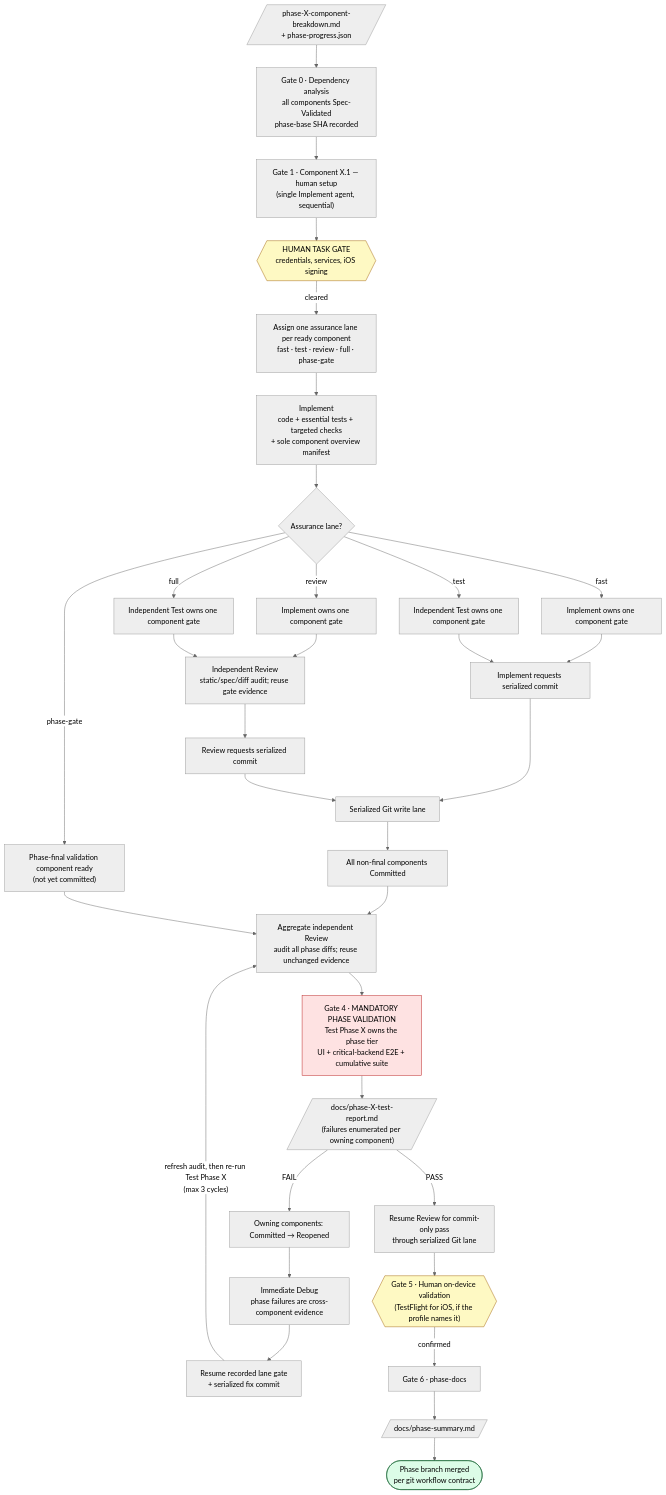
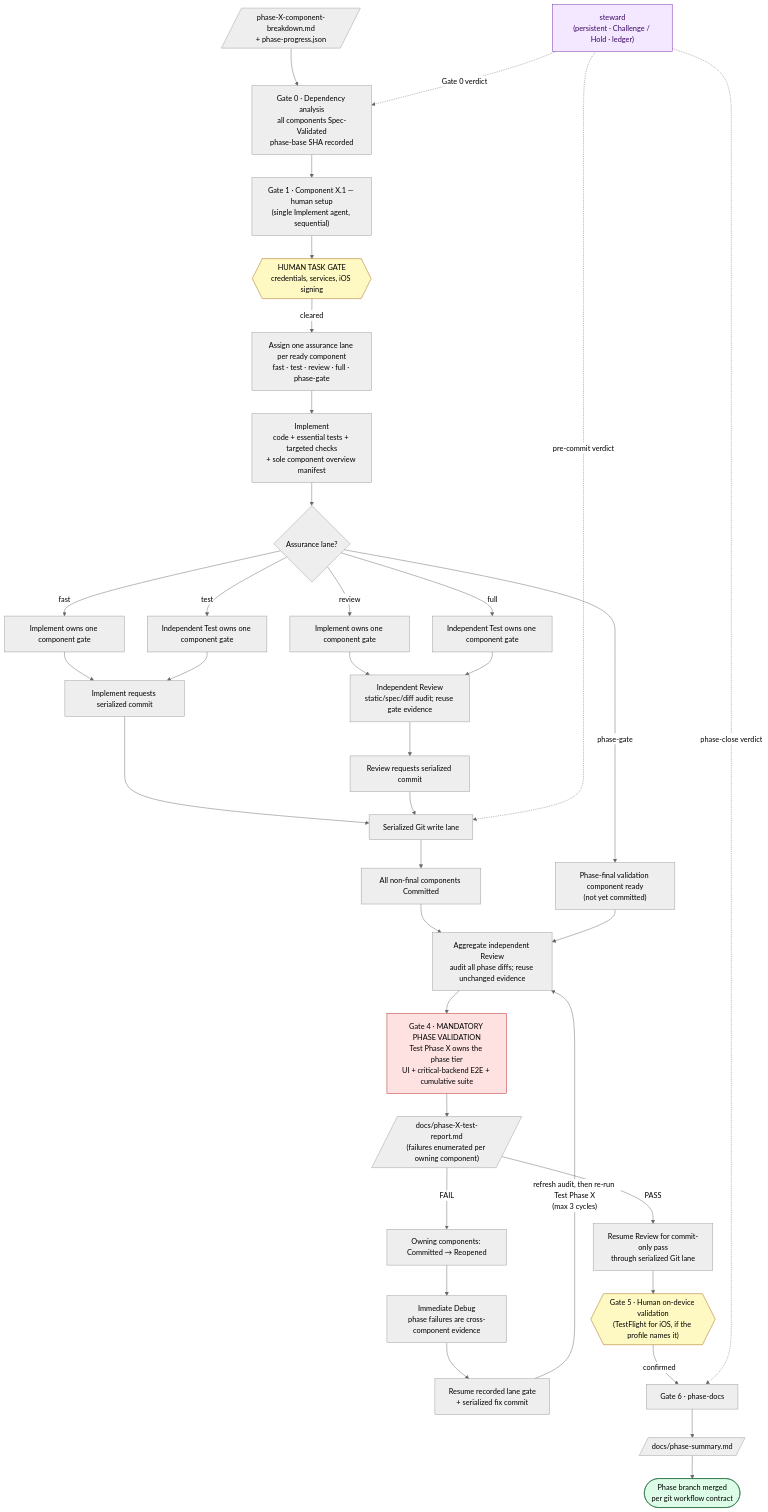
The sixth of 11 diagrams in supporting-files/AGENT_FLOWS.md (sjmeehan9/tycoon), drawn with Mermaid (neutral theme) before and after one commit. The commit also changed other lines of this file and 79 other files, not shown here.

````diff
--- a/supporting-files/AGENT_FLOWS.md
+++ b/supporting-files/AGENT_FLOWS.md
@@ -248,40 +261,46 @@
 ```mermaid
 flowchart TD
     Inputs[/"phase-X-component-breakdown.md<br/>+ phase-progress.json"/] --> G0["Gate 0 · Dependency analysis<br/>all components Spec-Validated<br/>phase-base SHA recorded"]
     G0 --> X1["Gate 1 · Component X.1 — human setup<br/>(single Implement agent, sequential)"]
     X1 --> HTG{{"HUMAN TASK GATE<br/>credentials, services, iOS signing"}}
     HTG -->|cleared| Assign["Assign one assurance lane per ready component<br/>fast · test · review · full · phase-gate"]
     Assign --> Impl["Implement<br/>code + essential tests + targeted checks<br/>+ sole component overview manifest"]
     Impl --> Lane{"Assurance lane?"}
     Lane -->|fast| IGate["Implement owns one component gate"]
     Lane -->|test| TGate["Independent Test owns one component gate"]
     Lane -->|review| IGateR["Implement owns one component gate"]
     Lane -->|full| TGateR["Independent Test owns one component gate"]
     IGate --> ICommit["Implement requests serialized commit"]
     TGate --> ICommit
     IGateR --> R["Independent Review<br/>static/spec/diff audit; reuse gate evidence"]
     TGateR --> R
     R --> RCommit["Review requests serialized commit"]
     ICommit --> CommitLane["Serialized Git write lane"]
     RCommit --> CommitLane
     CommitLane --> AllC["All non-final components Committed"]
     Lane -->|phase-gate| FinalReady["Phase-final validation component ready<br/>(not yet committed)"]
     AllC --> Audit["Aggregate independent Review<br/>audit all phase diffs; reuse unchanged evidence"]
     FinalReady --> Audit
     Audit --> PVG["Gate 4 · MANDATORY PHASE VALIDATION<br/>Test Phase X owns the phase tier<br/>UI + critical-backend E2E + cumulative suite"]
     PVG --> Report[/"docs/phase-X-test-report.md<br/>(failures enumerated per owning component)"/]
     Report -->|FAIL| Reopen["Owning components: Committed → Reopened"]
     Reopen --> DebugP["Immediate Debug<br/>phase failures are cross-component evidence"]
     DebugP --> FixGate["Resume recorded lane gate<br/>+ serialized fix commit"]
     FixGate -->|"refresh audit, then re-run Test Phase X<br/>(max 3 cycles)"| Audit
     Report -->|PASS| FinalCommit["Resume Review for commit-only pass<br/>through serialized Git lane"]
     FinalCommit --> OnDevice{{"Gate 5 · Human on-device validation<br/>(TestFlight for iOS, if the profile names it)"}}
     OnDevice -->|confirmed| PD["Gate 6 · phase-docs"]
     PD --> Summary[/"docs/phase-summary.md"/]
     Summary --> Merge([Phase branch merged<br/>per git workflow contract])
 
+    StewardI["steward<br/>(persistent · Challenge / Hold · ledger)"]
+    StewardI -.->|Gate 0 verdict| G0
+    StewardI -.->|pre-commit verdict| CommitLane
+    StewardI -.->|phase-close verdict| PD
+
+    style StewardI fill:#f3e8ff,stroke:#6b21a8,color:#3b0764
     style HTG fill:#fef9c3,stroke:#a16207
     style OnDevice fill:#fef9c3,stroke:#a16207
     style PVG fill:#fee2e2,stroke:#b91c1c
     style Merge fill:#dcfce7,stroke:#166534
 ```
````
